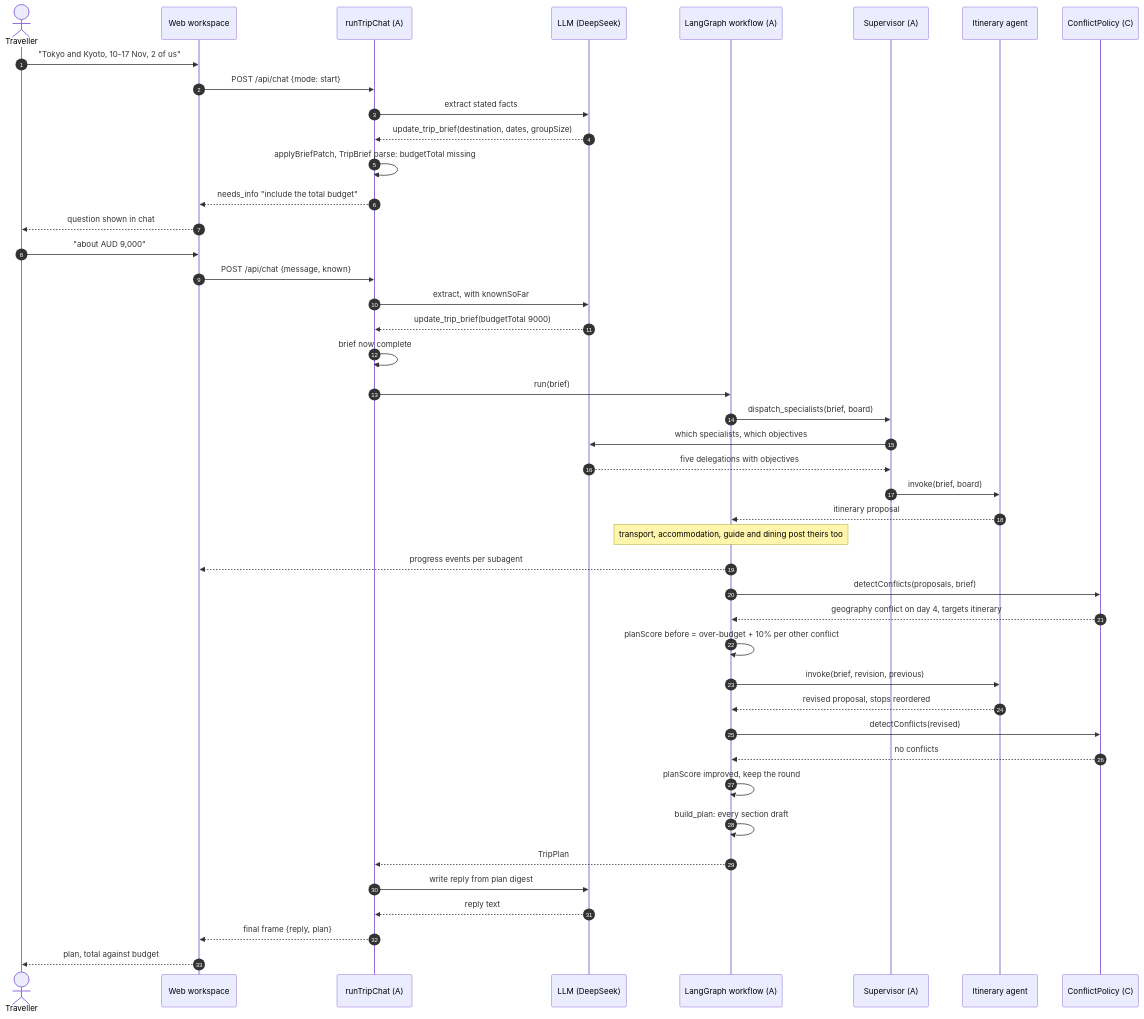
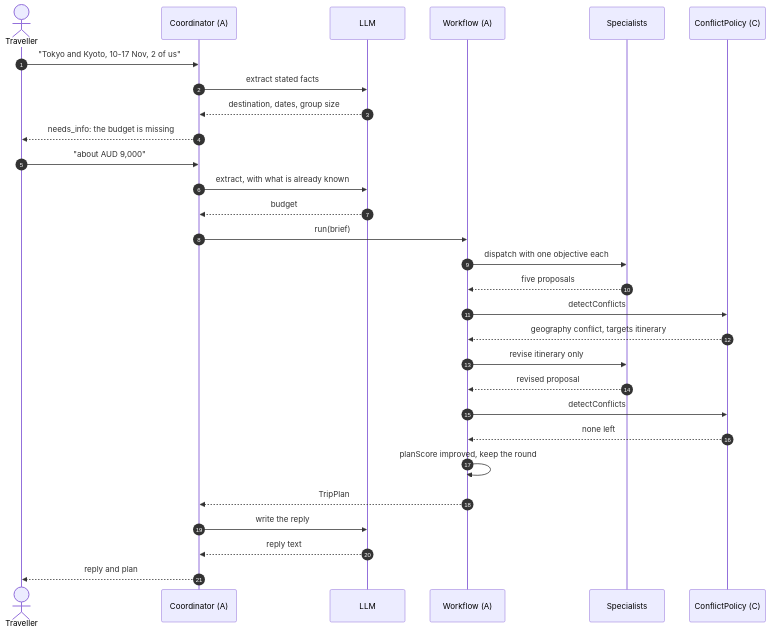
Before and after one commit to Lilstanie/AI_TRIP_PLANNER: the second of 3 diagrams in docs/design/stage1/04-member-a-behaviour.md, drawn with Mermaid. The commit also changed other lines of this file and 5 other files, not shown here.

First line of the commit message:
docs: simplify member A's activity and sequence diagrams

````diff
--- a/docs/design/stage1/04-member-a-behaviour.md
+++ b/docs/design/stage1/04-member-a-behaviour.md
@@ -89,52 +73,36 @@
 ```mermaid
 sequenceDiagram
   autonumber
   actor T as Traveller
-  participant UI as Web workspace
-  participant CH as runTripChat (A)
-  participant LLM as LLM (DeepSeek)
-  participant WF as LangGraph workflow (A)
-  participant SUP as Supervisor (A)
-  participant IT as Itinerary agent
+  participant CH as Coordinator (A)
+  participant LLM as LLM
+  participant WF as Workflow (A)
+  participant SP as Specialists
   participant CP as ConflictPolicy (C)
 
-  T->>UI: "Tokyo and Kyoto, 10-17 Nov, 2 of us"
-  UI->>CH: POST /api/chat {mode: start}
+  T->>CH: "Tokyo and Kyoto, 10-17 Nov, 2 of us"
   CH->>LLM: extract stated facts
-  LLM-->>CH: update_trip_brief(destination, dates, groupSize)
-  CH->>CH: applyBriefPatch, TripBrief parse: budgetTotal missing
-  CH-->>UI: needs_info "include the total budget"
-  UI-->>T: question shown in chat
+  LLM-->>CH: destination, dates, group size
+  CH-->>T: needs_info: the budget is missing
 
-  T->>UI: "about AUD 9,000"
-  UI->>CH: POST /api/chat {message, known}
-  CH->>LLM: extract, with knownSoFar
-  LLM-->>CH: update_trip_brief(budgetTotal 9000)
-  CH->>CH: brief now complete
+  T->>CH: "about AUD 9,000"
+  CH->>LLM: extract, with what is already known
+  LLM-->>CH: budget
   CH->>WF: run(brief)
 
-  WF->>SUP: dispatch_specialists(brief, board)
-  SUP->>LLM: which specialists, which objectives
-  LLM-->>SUP: five delegations with objectives
-  SUP->>IT: invoke(brief, board)
-  IT-->>WF: itinerary proposal
-  Note over WF: transport, accommodation, guide and dining post theirs too
-  WF-->>UI: progress events per subagent
+  WF->>SP: dispatch with one objective each
+  SP-->>WF: five proposals
+  WF->>CP: detectConflicts
+  CP-->>WF: geography conflict, targets itinerary
 
-  WF->>CP: detectConflicts(proposals, brief)
-  CP-->>WF: geography conflict on day 4, targets itinerary
-  WF->>WF: planScore before = over-budget + 10% per other conflict
+  WF->>SP: revise itinerary only
+  SP-->>WF: revised proposal
+  WF->>CP: detectConflicts
+  CP-->>WF: none left
+  WF->>WF: planScore improved, keep the round
 
-  WF->>IT: invoke(brief, revision, previous)
-  IT-->>WF: revised proposal, stops reordered
-  WF->>CP: detectConflicts(revised)
-  CP-->>WF: no conflicts
-  WF->>WF: planScore improved, keep the round
-  WF->>WF: build_plan: every section draft
   WF-->>CH: TripPlan
-
-  CH->>LLM: write reply from plan digest
+  CH->>LLM: write the reply
   LLM-->>CH: reply text
-  CH-->>UI: final frame {reply, plan}
-  UI-->>T: plan, total against budget
+  CH-->>T: reply and plan
 ```
````
